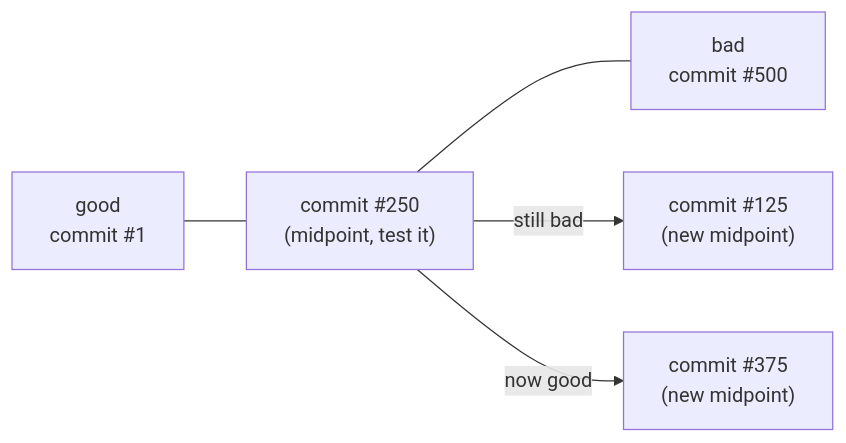
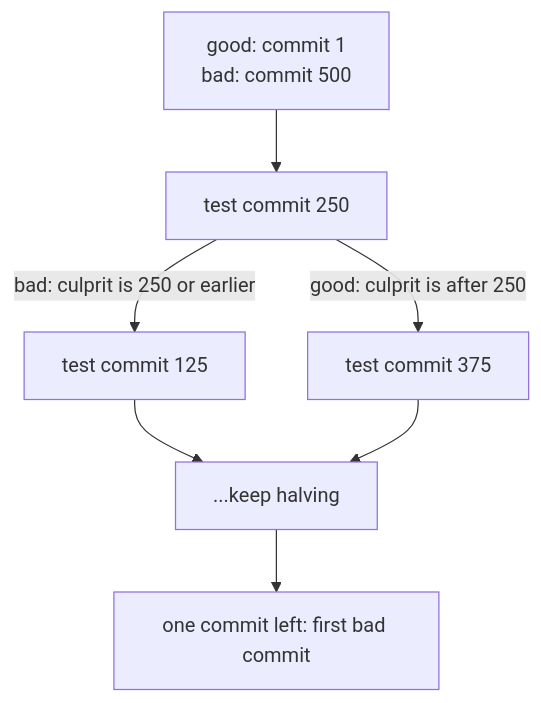
One commit to francoandreDev/knowledge changed the third of 3 diagrams in src/content/git-teamwork/reflog/L2-concept.mdx. Above: the diagram before and after it, drawn with Mermaid. The commit also changed other lines of this file and 3 other files, not shown here.

````diff
--- a/src/content/git-teamwork/reflog/L2-concept.mdx
+++ b/src/content/git-teamwork/reflog/L2-concept.mdx
@@ -101,6 +172,9 @@
 ```mermaid
-flowchart LR
-    G["good\ncommit #1"] --- M1["commit #250\n(midpoint, test it)"] --- B["bad\ncommit #500"]
-    M1 -- "still bad" --> M2["commit #125\n(new midpoint)"]
-    M1 -- "now good" --> M3["commit #375\n(new midpoint)"]
+flowchart TD
+    S["good: commit 1\nbad: commit 500"] --> M1["test commit 250"]
+    M1 -->|"bad: culprit is 250 or earlier"| M2["test commit 125"]
+    M1 -->|"good: culprit is after 250"| M3["test commit 375"]
+    M2 --> N["...keep halving"]
+    M3 --> N
+    N --> D["one commit left: first bad commit"]
 ```
````
